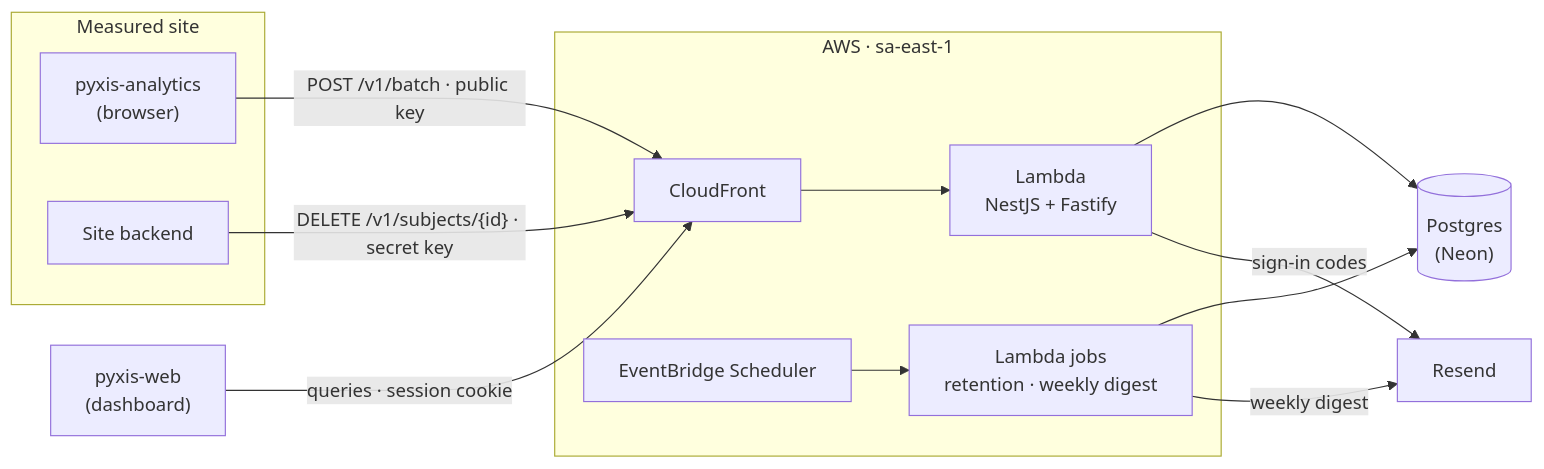
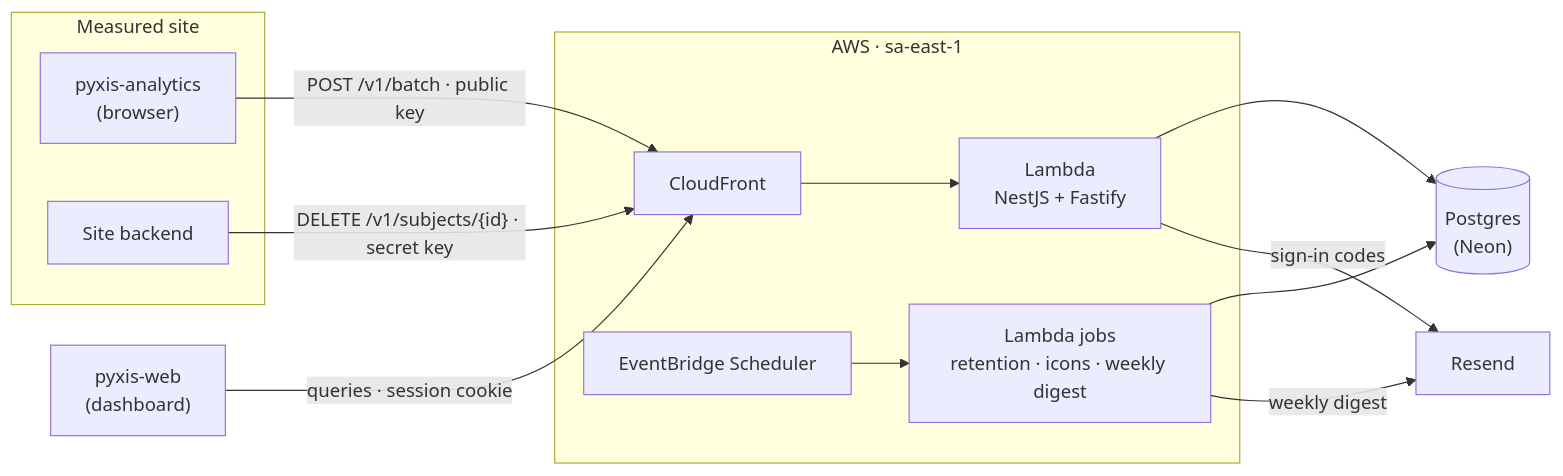
Before and after one commit to samuelcsantana/pyxis-api: the first of 2 diagrams in README.md, drawn with Mermaid. The commit also changed other lines of this file and 1 other file, not shown here.

Commit message:
docs: describe project icons in the README and ADR 0013

````diff
--- a/README.md
+++ b/README.md
@@ -159,21 +168,21 @@
 ```mermaid
 flowchart LR
   subgraph Site["Measured site"]
     SDK["pyxis-analytics<br>(browser)"]
     Backend["Site backend"]
   end
   Dashboard["pyxis-web<br>(dashboard)"]
   subgraph AWS["AWS · sa-east-1"]
     CF["CloudFront"] --> Lambda["Lambda<br>NestJS + Fastify"]
-    Scheduler["EventBridge Scheduler"] --> Jobs["Lambda jobs<br>retention · weekly digest"]
+    Scheduler["EventBridge Scheduler"] --> Jobs["Lambda jobs<br>retention · icons · weekly digest"]
   end
   DB[("Postgres<br>(Neon)")]
   Resend["Resend"]
   SDK -- "POST /v1/batch · public key" --> CF
   Dashboard -- "queries · session cookie" --> CF
   Backend -- "DELETE /v1/subjects/{id} · secret key" --> CF
   Lambda --> DB
   Jobs --> DB
   Lambda -- "sign-in codes" --> Resend
   Jobs -- "weekly digest" --> Resend
 ```
````
